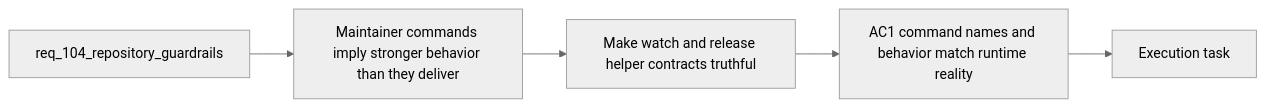
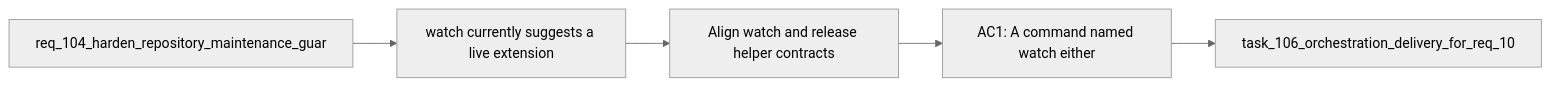
One commit to AlexAgo83/logics-manager changed the diagram in logics/backlog/item_186_align_watch_and_release_helper_contracts_with_actual_runtime_behavior.md. Above: the diagram before and after it, drawn with Mermaid (neutral theme). The commit also changed 481 other files, not shown here.

````diff
--- a/logics/backlog/item_186_align_watch_and_release_helper_contracts_with_actual_runtime_behavior.md
+++ b/logics/backlog/item_186_align_watch_and_release_helper_contracts_with_actual_runtime_behavior.md
@@ -28,9 +28,9 @@
 ```mermaid
 %% logics-kind: backlog
 %% logics-signature: backlog|align-watch-and-release-helper-contracts|req-104-harden-repository-maintenance-gu|watch-currently-suggests-a-live-extensio|ac1-a-command-named-watch-either
 flowchart LR
-    Request[req_104_repository_guardrails] --> Problem[Maintainer commands imply stronger behavior than they deliver]
-    Problem --> Scope[Make watch and release helper contracts truthful]
-    Scope --> Acceptance[AC1 command names and behavior match runtime reality]
-    Acceptance --> Tasks[Execution task]
+    Request[req_104_harden_repository_maintenance_guar] --> Problem[watch currently suggests a live extension]
+    Problem --> Scope[Align watch and release helper contracts]
+    Scope --> Acceptance[AC1: A command named watch either]
+    Acceptance --> Tasks[task_106_orchestration_delivery_for_req_10]
 ```
````
